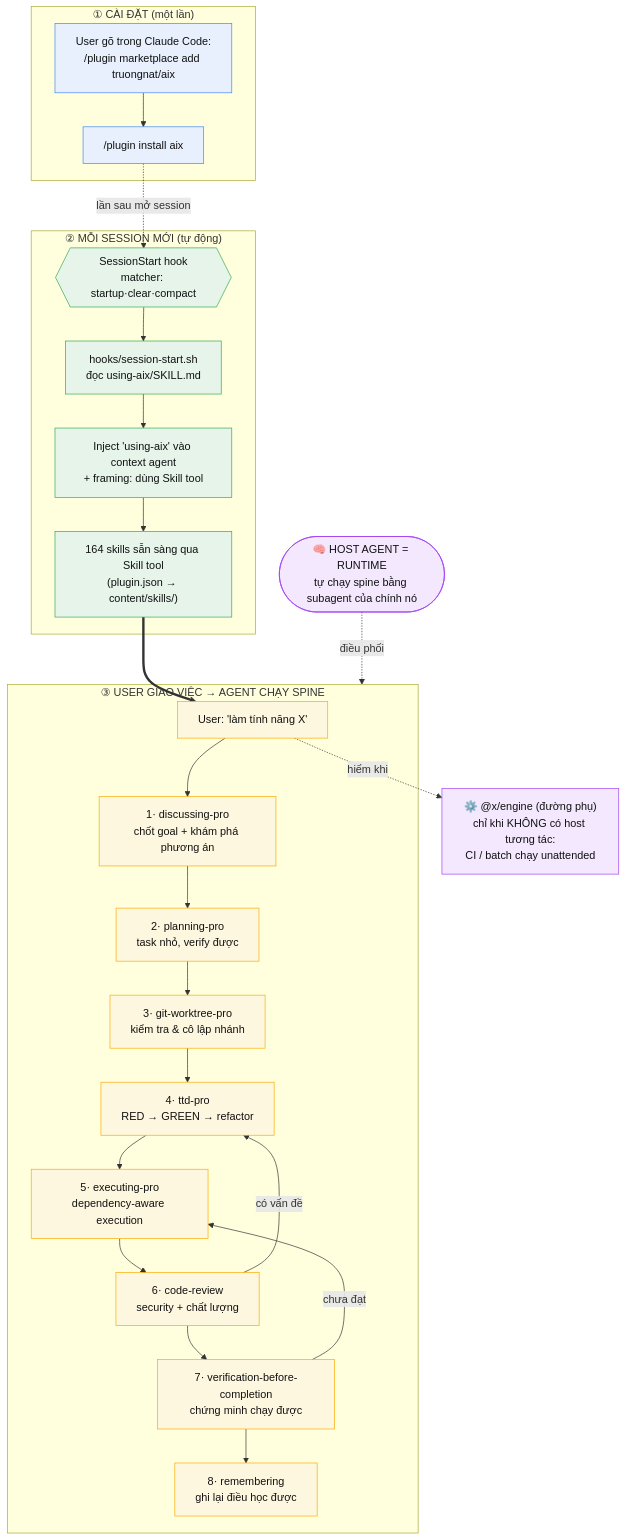
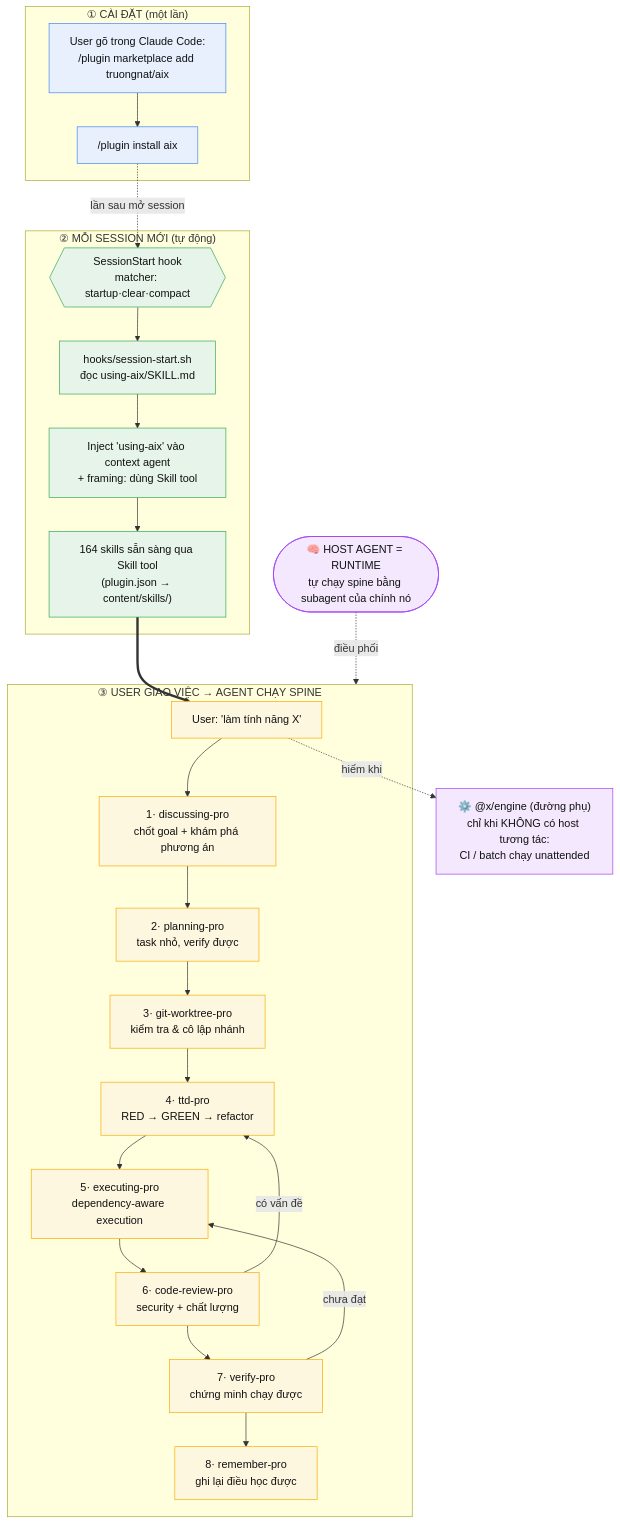
The diagram in docs/user-journey.md (truongnat/aix), drawn with Mermaid before and after one commit. The commit also changed other lines of this file and 10 other files, not shown here.

Commit message:
feat: rename skills code-review-pro, verify-pro, and remember-pro

````diff
--- a/docs/user-journey.md
+++ b/docs/user-journey.md
@@ -16,50 +16,50 @@
 ```mermaid
 flowchart TD
     subgraph SETUP["①  CÀI ĐẶT (một lần)"]
         A1["User gõ trong Claude Code:<br/>/plugin marketplace add truongnat/aix"]
         A2["/plugin install aix"]
         A1 --> A2
     end
 
     subgraph START["②  MỖI SESSION MỚI (tự động)"]
         B1{{"SessionStart hook<br/>matcher: startup·clear·compact"}}
         B2["hooks/session-start.sh<br/>đọc using-aix/SKILL.md"]
         B3["Inject 'using-aix' vào context agent<br/>+ framing: dùng Skill tool"]
         B4["164 skills sẵn sàng qua Skill tool<br/>(plugin.json → content/skills/)"]
         B1 --> B2 --> B3 --> B4
     end
 
     subgraph WORK["③  USER GIAO VIỆC → AGENT CHẠY SPINE"]
         C0["User: 'làm tính năng X'"]
         C1["1· discussing-pro<br/>chốt goal + khám phá phương án"]
         C2["2· planning-pro<br/>task nhỏ, verify được"]
         C3["3· git-worktree-pro<br/>kiểm tra & cô lập nhánh"]
         C4["4· ttd-pro<br/>RED → GREEN → refactor"]
         C5["5· executing-pro<br/>dependency-aware execution"]
-        C6["6· code-review<br/>security + chất lượng"]
-        C7["7· verification-before-completion<br/>chứng minh chạy được"]
-        C8["8· remembering<br/>ghi lại điều học được"]
+        C6["6· code-review-pro<br/>security + chất lượng"]
+        C7["7· verify-pro<br/>chứng minh chạy được"]
+        C8["8· remember-pro<br/>ghi lại điều học được"]
         C0 --> C1 --> C2 --> C3 --> C4 --> C5 --> C6 --> C7 --> C8
     end
 
     A2 -.->|"lần sau mở session"| B1
     B4 ==> C0
 
     C6 -->|"có vấn đề"| C4
     C7 -->|"chưa đạt"| C5
 
     HOST(["🧠 HOST AGENT = RUNTIME<br/>tự chạy spine bằng subagent của chính nó"])
     HOST -.->|"điều phối"| WORK
 
     AUX["⚙️ @x/engine (đường phụ)<br/>chỉ khi KHÔNG có host tương tác:<br/>CI / batch chạy unattended"]
     C0 -.->|"hiếm khi"| AUX
 
     classDef setup fill:#e8f0fe,stroke:#4285f4,color:#111
     classDef start fill:#e6f4ea,stroke:#34a853,color:#111
     classDef spine fill:#fef7e0,stroke:#f9ab00,color:#111
     classDef aux fill:#f3e8fd,stroke:#a142f4,color:#111
     class A1,A2 setup
     class B1,B2,B3,B4 start
     class C0,C1,C2,C3,C4,C5,C6,C7,C8,C9 spine
     class AUX,HOST aux
 ```
````
